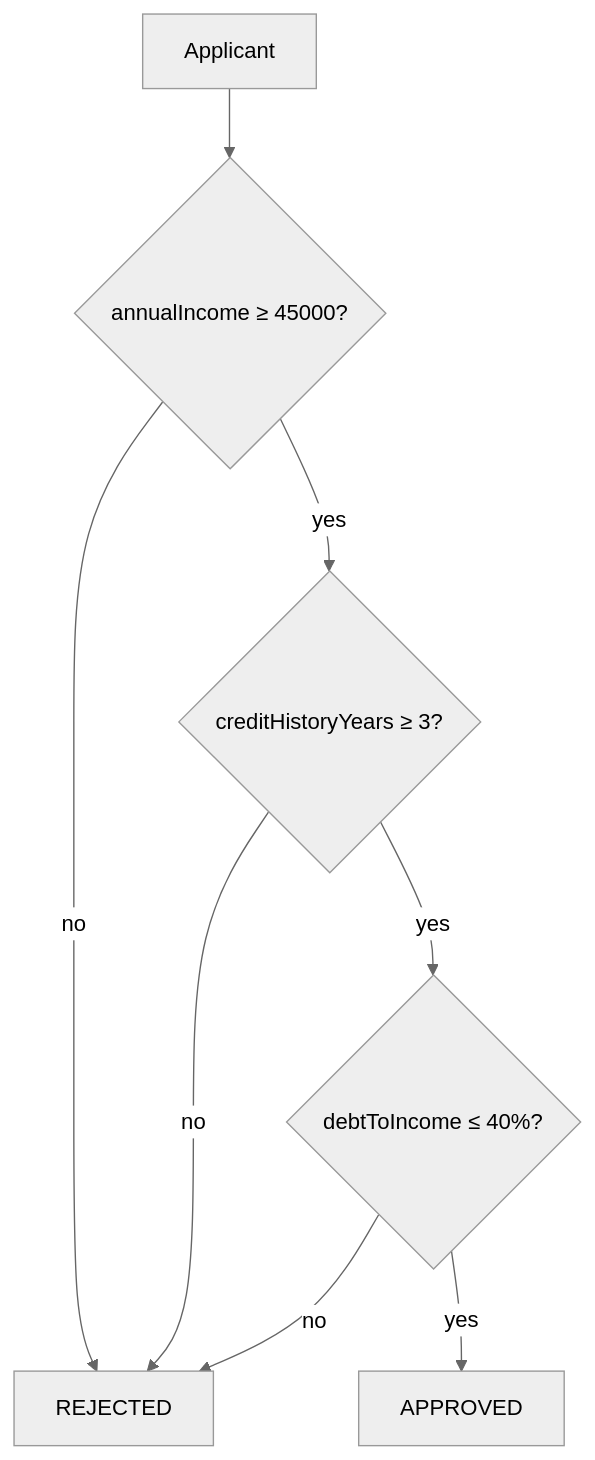
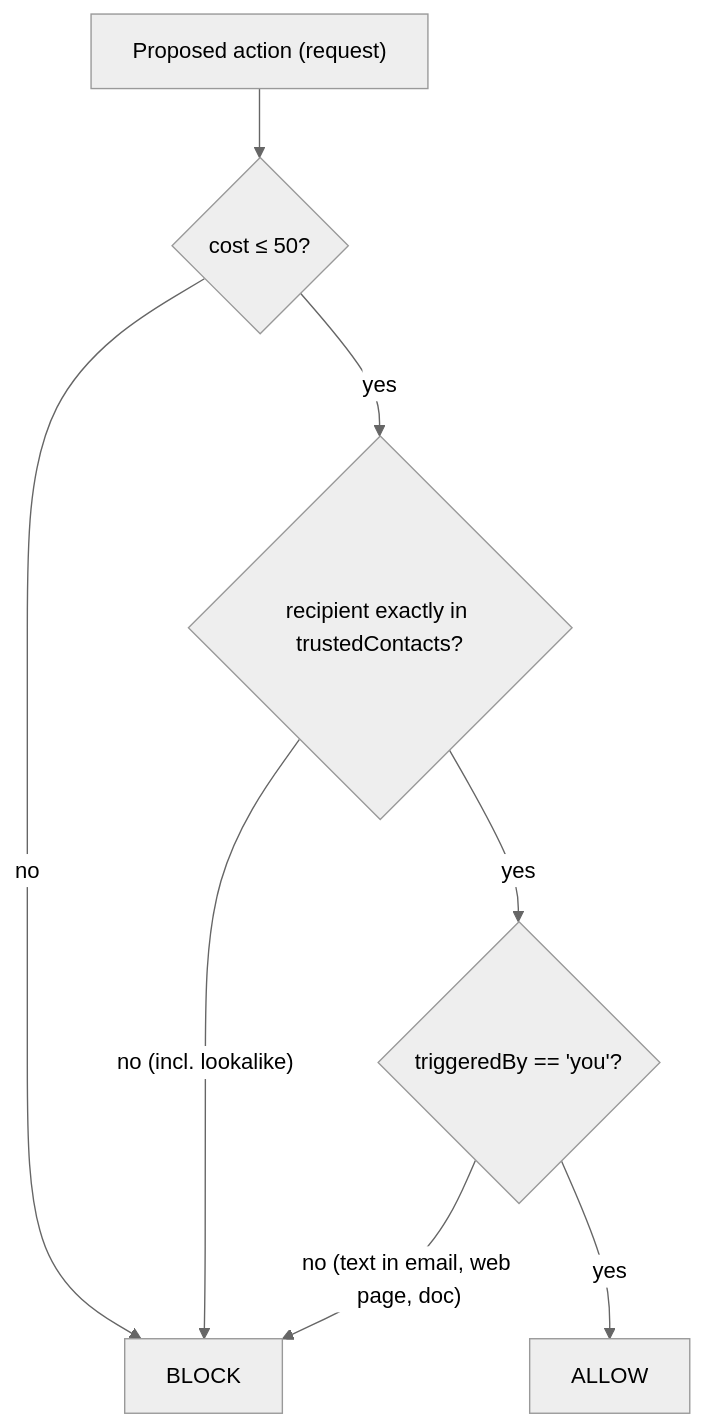
One commit to bibekgupta3333/HCI changed the second of 4 diagrams in docs/ai-design.md. Above: the diagram before and after it, drawn with Mermaid (neutral theme). The commit also changed other lines of this file and 10 other files, not shown here.

````diff
--- a/docs/ai-design.md
+++ b/docs/ai-design.md
@@ -57,10 +58,10 @@
 ```mermaid
 flowchart TD
-    S["Applicant"] --> I{"annualIncome ≥ 45000?"}
-    I -- "no" --> R["REJECTED"]
-    I -- "yes" --> H{"creditHistoryYears ≥ 3?"}
-    H -- "no" --> R
-    H -- "yes" --> D{"debtToIncome ≤ 40%?"}
-    D -- "no" --> R
-    D -- "yes" --> A["APPROVED"]
+    S["Proposed action (request)"] --> C1{"cost ≤ 50?"}
+    C1 -- "no" --> B["BLOCK"]
+    C1 -- "yes" --> C2{"recipient exactly in trustedContacts?"}
+    C2 -- "no (incl. lookalike)" --> B
+    C2 -- "yes" --> C3{"triggeredBy == 'you'?"}
+    C3 -- "no (text in email, web page, doc)" --> B
+    C3 -- "yes" --> A["ALLOW"]
 ```
````
